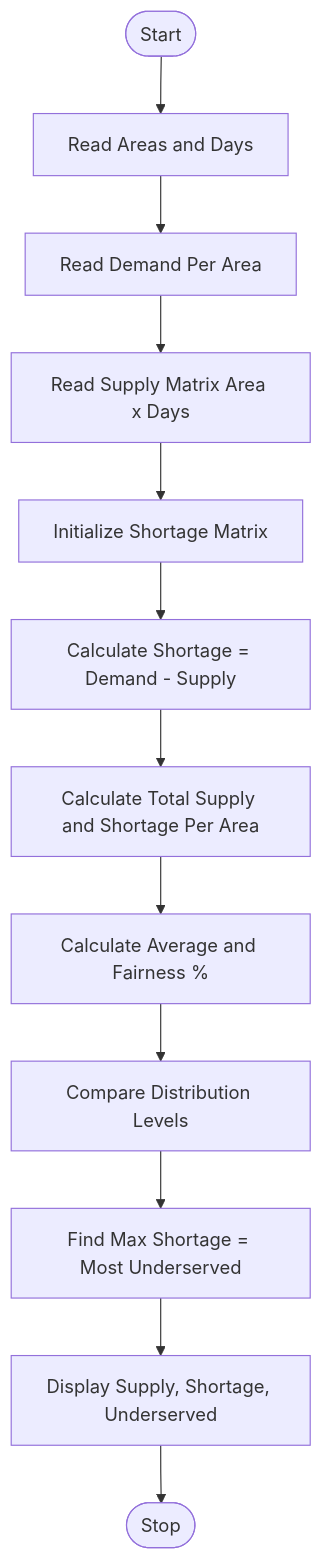
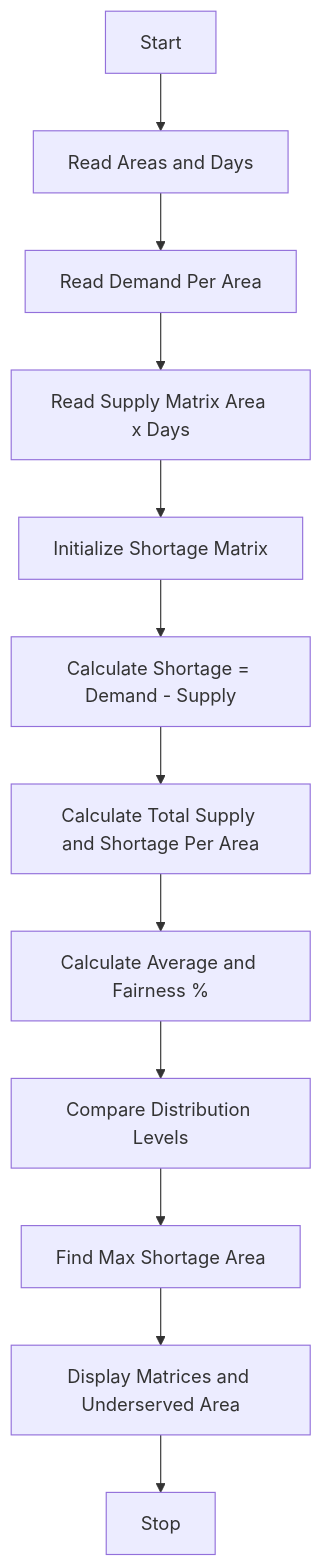
One commit to bhavyabalusupati10-maker/Python-Tasks changed the diagram in Task10/Code.md. Above: the diagram before and after it, drawn with Mermaid. The commit also changed other lines of this file, not shown here.

````diff
--- a/Task10/Code.md
+++ b/Task10/Code.md
@@ -19,14 +20,14 @@
 ```mermaid
 flowchart TD
-    First([Start]) --> A[Read Areas and Days]
-    A --> B[Read Demand Per Area]
-    B --> C[Read Supply Matrix Area x Days]
-    C --> D[Initialize Shortage Matrix]
-    D --> E[Calculate Shortage = Demand - Supply]
-    E --> F[Calculate Total Supply and Shortage Per Area]
-    F --> G[Calculate Average and Fairness %]
-    G --> H[Compare Distribution Levels]
-    H --> I[Find Max Shortage = Most Underserved]
-    I --> J[Display Supply, Shortage, Underserved]
-    J --> Last([Stop])
+    A[Start] --> B[Read Areas and Days]
+    B --> C[Read Demand Per Area]
+    C --> D[Read Supply Matrix Area x Days]
+    D --> E[Initialize Shortage Matrix]
+    E --> F[Calculate Shortage = Demand - Supply]
+    F --> G[Calculate Total Supply and Shortage Per Area]
+    G --> H[Calculate Average and Fairness %]
+    H --> I[Compare Distribution Levels]
+    I --> J[Find Max Shortage Area]
+    J --> K[Display Matrices and Underserved Area]
+    K --> L[Stop]
 ```
````
